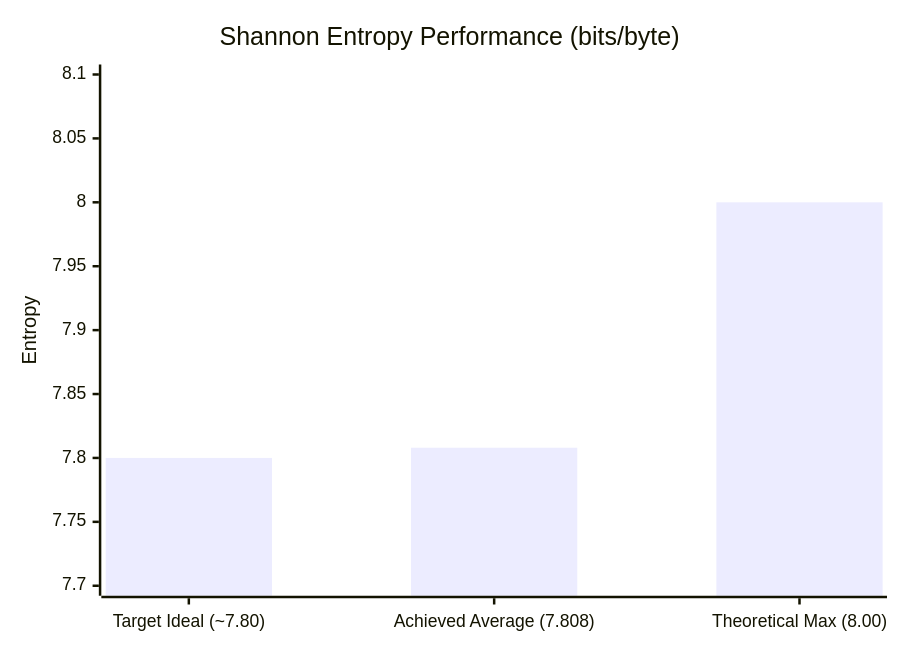
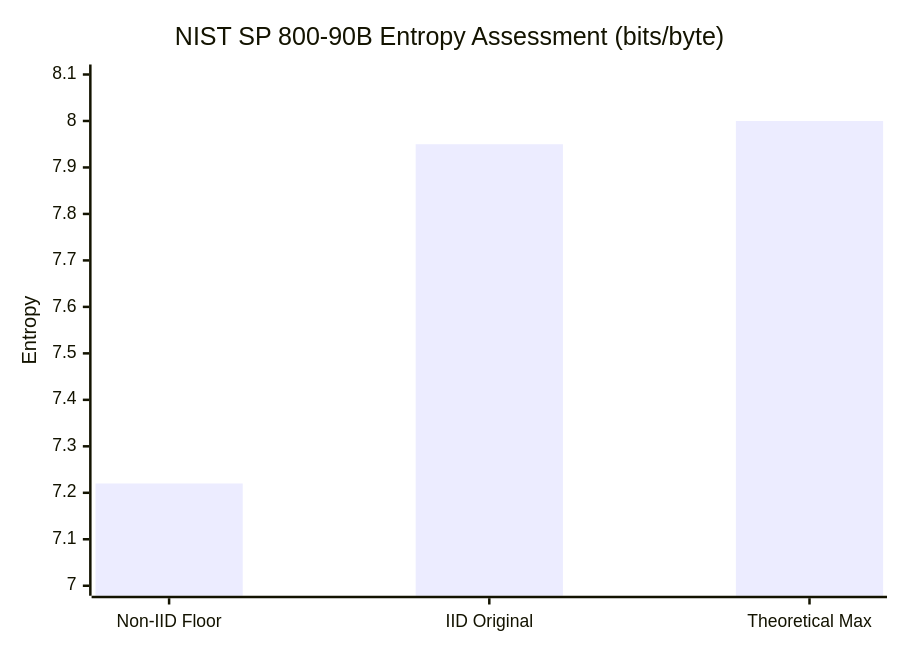
The third of 3 diagrams in README.md (no-time/Local-CSPRNG-Entropy-Extractor), drawn with Mermaid before and after one commit. The commit also changed other lines of this file, not shown here.

````diff
--- a/README.md
+++ b/README.md
@@ -182,7 +188,7 @@
 ```mermaid
 xychart-beta
-    title "Shannon Entropy Performance (bits/byte)"
-    x-axis ["Target Ideal (~7.80)", "Achieved Average (7.808)", "Theoretical Max (8.00)"]
-    y-axis "Entropy" 7.7 --> 8.1
-    bar [7.80, 7.808, 8.00]
+    title "NIST SP 800-90B Entropy Assessment (bits/byte)"
+    x-axis ["Non-IID Floor", "IID Original", "Theoretical Max"]
+    y-axis "Entropy" 7.0 --> 8.1
+    bar [7.22, 7.95, 8.00]
 ```
````
